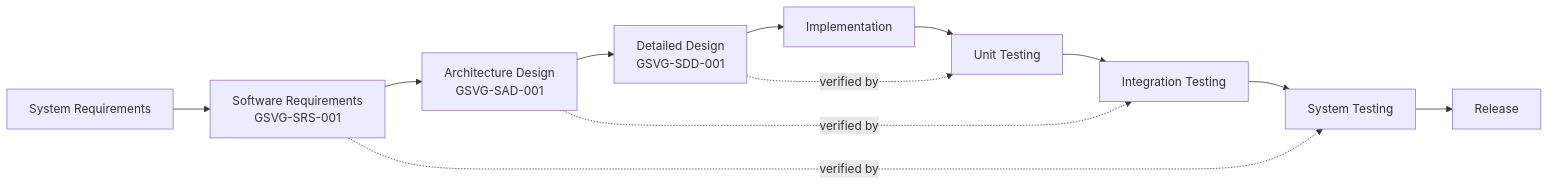
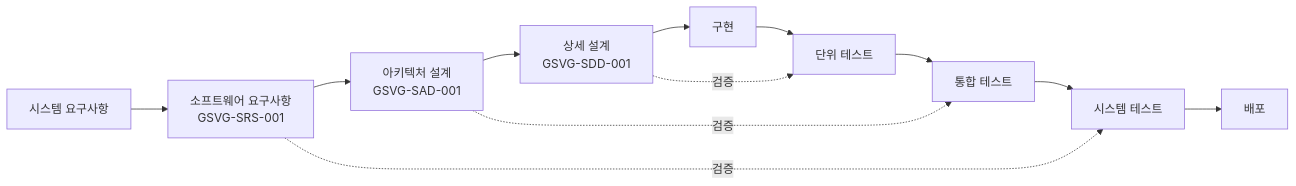
One commit to holee9/image-processing changed the first of 3 diagrams in docs/post-processing/gsvg/GSVG-SDP-001_Development_Plan.md. Above: the diagram before and after it, drawn with Mermaid. The commit also changed other lines of this file and 51 other files, not shown here.

````diff
--- a/docs/post-processing/gsvg/GSVG-SDP-001_Development_Plan.md
+++ b/docs/post-processing/gsvg/GSVG-SDP-001_Development_Plan.md
@@ -38,15 +38,15 @@
 ```mermaid
 graph LR
-    A[System Requirements] --> B[Software Requirements<br/>GSVG-SRS-001]
-    B --> C[Architecture Design<br/>GSVG-SAD-001]
-    C --> D[Detailed Design<br/>GSVG-SDD-001]
-    D --> E[Implementation]
-    E --> F[Unit Testing]
-    F --> G[Integration Testing]
-    G --> H[System Testing]
-    H --> I[Release]
+    A[시스템 요구사항] --> B[소프트웨어 요구사항<br/>GSVG-SRS-001]
+    B --> C[아키텍처 설계<br/>GSVG-SAD-001]
+    C --> D[상세 설계<br/>GSVG-SDD-001]
+    D --> E[구현]
+    E --> F[단위 테스트]
+    F --> G[통합 테스트]
+    G --> H[시스템 테스트]
+    H --> I[배포]
     
-    B -.->|verified by| H
-    C -.->|verified by| G
-    D -.->|verified by| F
+    B -.->|검증| H
+    C -.->|검증| G
+    D -.->|검증| F
 ```
````
